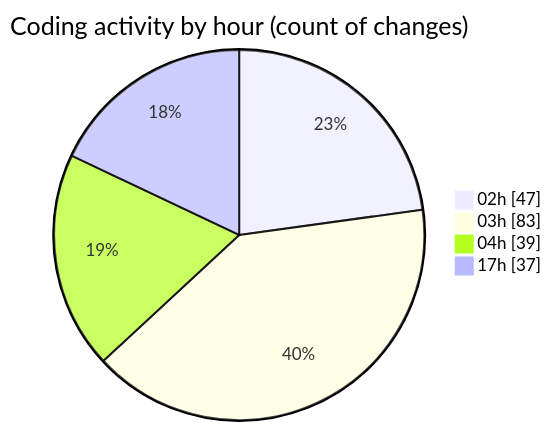
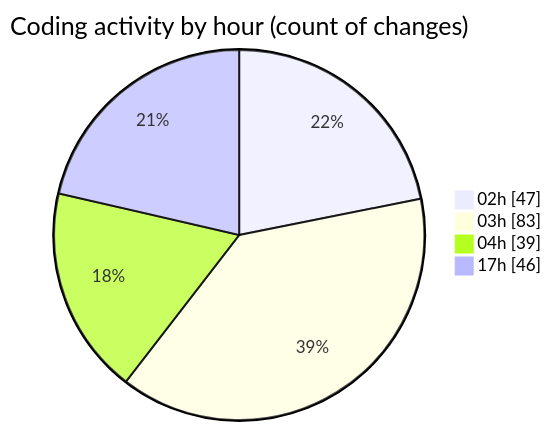
One commit to ernivani/code-tracking changed the second of 2 diagrams in 2025-01-02/3drust/README.md. Above: the diagram before and after it, drawn with Mermaid. The commit also changed other lines of this file and 2 other files, not shown here.

````diff
--- a/2025-01-02/3drust/README.md
+++ b/2025-01-02/3drust/README.md
@@ -44,8 +44,8 @@
 ```mermaid
 pie showData
 title Coding activity by hour (count of changes)
 "02h" : 47
 "03h" : 83
 "04h" : 39
-"17h" : 37
+"17h" : 46
 ```
````
